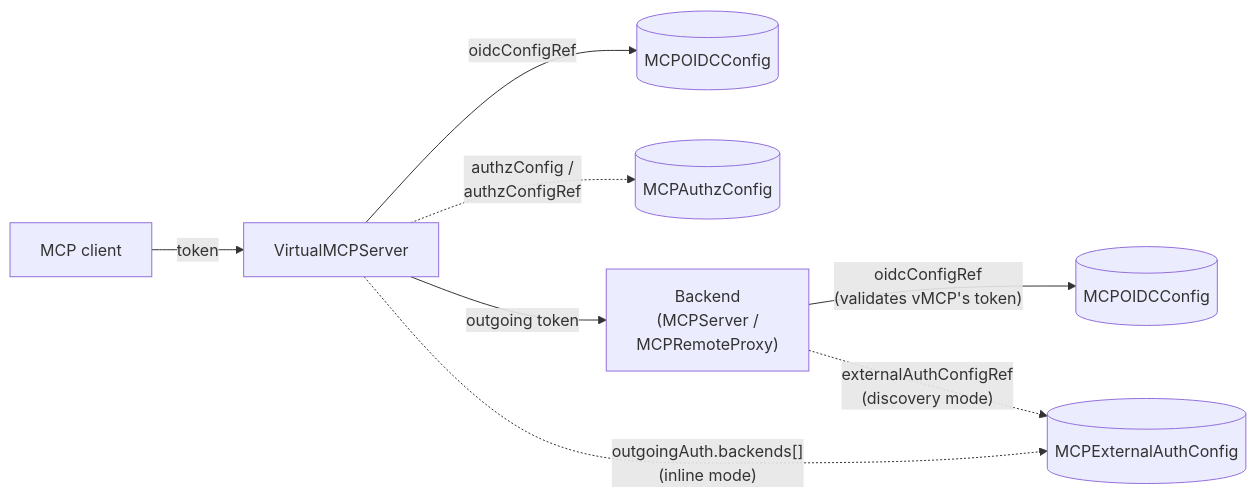
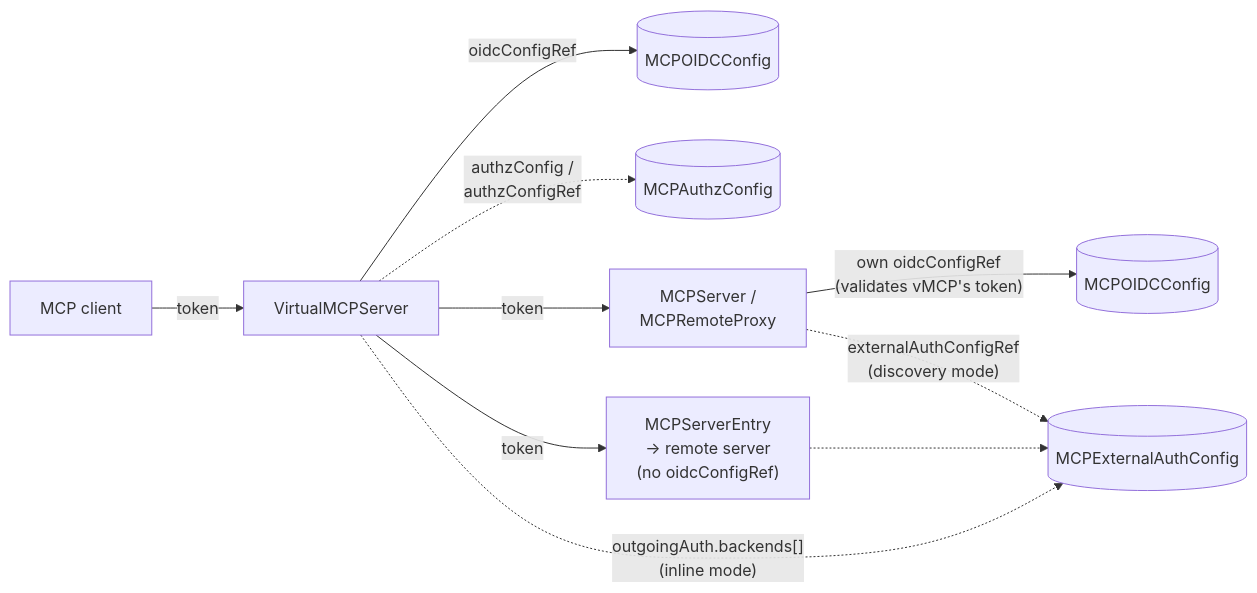
The second of 2 diagrams in docs/toolhive/guides-vmcp/authentication.mdx (stacklok/docs-website), drawn with Mermaid before and after one commit. The commit also changed other lines of this file and 1 other file, not shown here.

First line of the commit message:
Apply editorial review fixes to vMCP auth docs

````diff
--- a/docs/toolhive/guides-vmcp/authentication.mdx
+++ b/docs/toolhive/guides-vmcp/authentication.mdx
@@ -66,13 +75,16 @@
 ```mermaid
 flowchart LR
     Client[MCP client] -->|token| VMCP[VirtualMCPServer]
 
     VMCP -->|oidcConfigRef| OIDC[("MCPOIDCConfig")]
     VMCP -.->|"authzConfig /<br/>authzConfigRef"| Authz[("MCPAuthzConfig")]
 
-    VMCP -->|outgoing token| Backend["Backend<br/>(MCPServer /<br/>MCPRemoteProxy)"]
-    Backend -->|"oidcConfigRef<br/>(validates vMCP's token)"| BOIDC[("MCPOIDCConfig")]
+    VMCP -->|token| Backend["MCPServer /<br/>MCPRemoteProxy"]
+    Backend -->|"own oidcConfigRef<br/>(validates vMCP's token)"| BOIDC[("MCPOIDCConfig")]
+
+    VMCP -->|token| Entry["MCPServerEntry<br/>→ remote server<br/>(no oidcConfigRef)"]
 
     VMCP -.->|"outgoingAuth.backends[]<br/>(inline mode)"| Ext[("MCPExternalAuthConfig")]
     Backend -.->|"externalAuthConfigRef<br/>(discovery mode)"| Ext
+    Entry -.-> Ext
 ```
````
